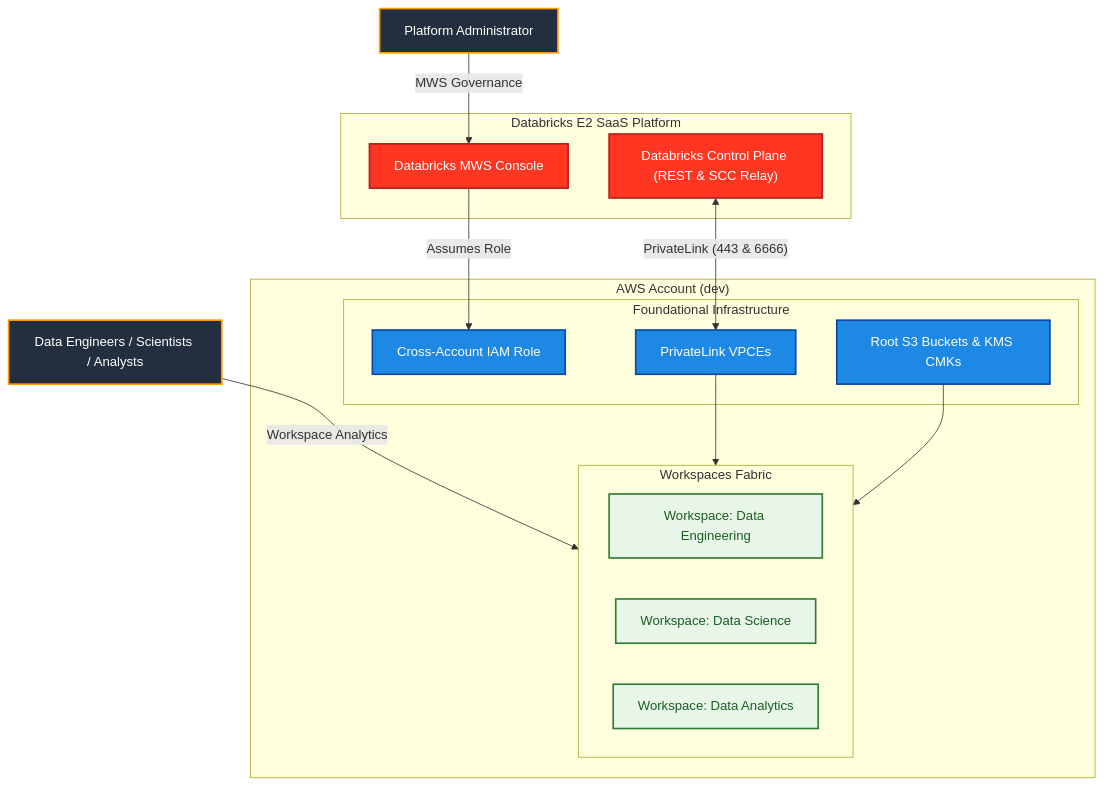
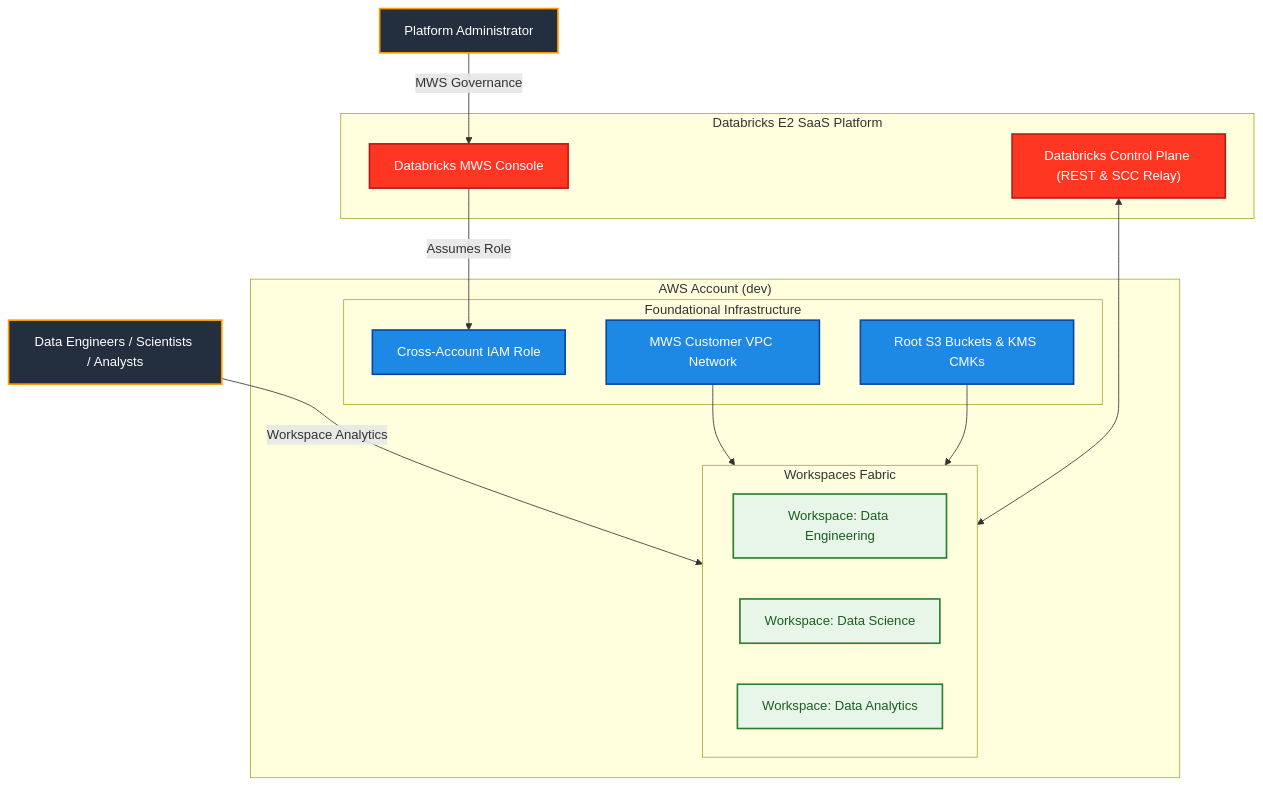
Before and after one commit to MikolajSedek/databricks_aws_deployment_03_workspaces_and_compute: the first of 2 diagrams in environments/dev/README.md, drawn with Mermaid. The commit also changed other lines of this file and 12 other files, not shown here.

````diff
--- a/environments/dev/README.md
+++ b/environments/dev/README.md
@@ -88,36 +89,36 @@
 ```mermaid
 flowchart TD
     classDef actor fill:#232F3E,stroke:#FF9900,stroke-width:2px,color:#FFFFFF;
     classDef databricks fill:#FF3621,stroke:#B71C1C,stroke-width:2px,color:#FFFFFF;
     classDef aws fill:#1E88E5,stroke:#0D47A1,stroke-width:2px,color:#FFFFFF;
     classDef workspace fill:#E8F5E9,stroke:#2E7D32,stroke-width:2px,color:#1B5E20;
 
     Admin["Platform Administrator"]:::actor
     Users["Data Engineers / Scientists / Analysts"]:::actor
 
     subgraph DatabricksSaaS ["Databricks E2 SaaS Platform"]
         MWS["Databricks MWS Console"]:::databricks
         CP["Databricks Control Plane (REST & SCC Relay)"]:::databricks
     end
 
     subgraph AWSAccount ["AWS Account (dev)"]
         subgraph Foundations ["Foundational Infrastructure"]
             IAM["Cross-Account IAM Role"]:::aws
-            VPCE["PrivateLink VPCEs"]:::aws
+            MWSNet["MWS Customer VPC Network"]:::aws
             S3["Root S3 Buckets & KMS CMKs"]:::aws
         end
 
         subgraph Workspaces ["Workspaces Fabric"]
             WS_DE["Workspace: Data Engineering"]:::workspace
             WS_DS["Workspace: Data Science"]:::workspace
             WS_DA["Workspace: Data Analytics"]:::workspace
         end
     end
 
     Admin -->|"MWS Governance"| MWS
     Users -->|"Workspace Analytics"| Workspaces
     MWS -->|"Assumes Role"| IAM
-    CP <-->|"PrivateLink (443 & 6666)"| VPCE
-    VPCE --> Workspaces
+    MWSNet --> Workspaces
     S3 --> Workspaces
+    CP <--> Workspaces
 ```
````
